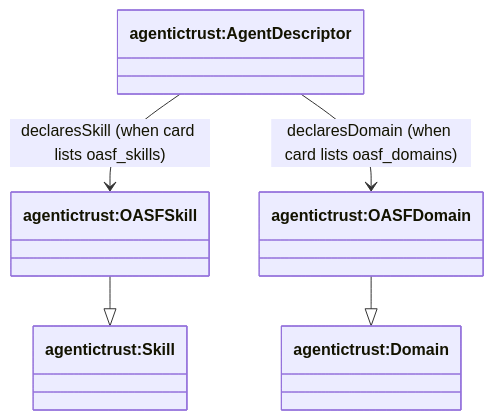
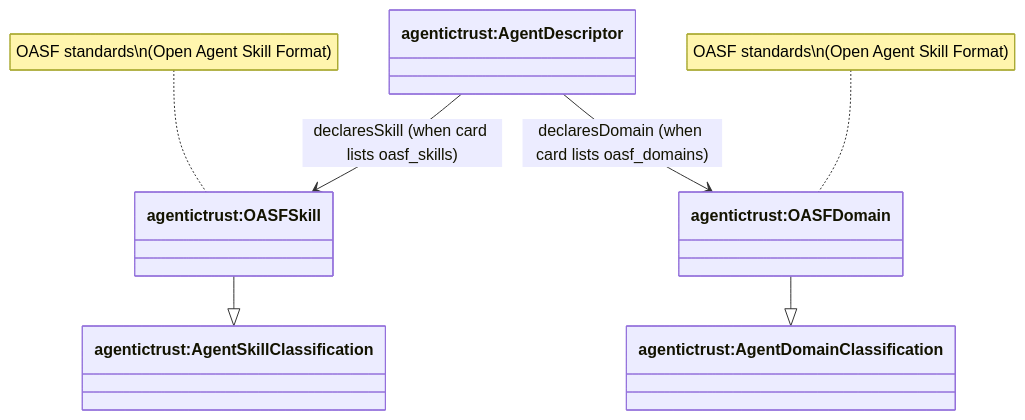
The second of 2 diagrams in docs/ontology/skills-domains.md (Agentic-Trust-Layer/agent-explorer), drawn with Mermaid before and after one commit. The commit also changed other lines of this file and 6 other files, not shown here.

````diff
--- a/docs/ontology/skills-domains.md
+++ b/docs/ontology/skills-domains.md
@@ -75,16 +79,19 @@
 ```mermaid
 classDiagram
 direction TB
 
 class OASFSkill["agentictrust:OASFSkill"]
 class OASFDomain["agentictrust:OASFDomain"]
 class AgentDescriptor["agentictrust:AgentDescriptor"]
-class Skill["agentictrust:Skill"]
-class Domain["agentictrust:Domain"]
+class AgentSkillClassification["agentictrust:AgentSkillClassification"]
+class AgentDomainClassification["agentictrust:AgentDomainClassification"]
 
 AgentDescriptor --> OASFSkill : declaresSkill (when card lists oasf_skills)
 AgentDescriptor --> OASFDomain : declaresDomain (when card lists oasf_domains)
 
-OASFSkill --|> Skill
-OASFDomain --|> Domain
+OASFSkill --|> AgentSkillClassification
+OASFDomain --|> AgentDomainClassification
+
+note for OASFSkill "OASF standards\n(Open Agent Skill Format)"
+note for OASFDomain "OASF standards\n(Open Agent Skill Format)"
 ```
````
